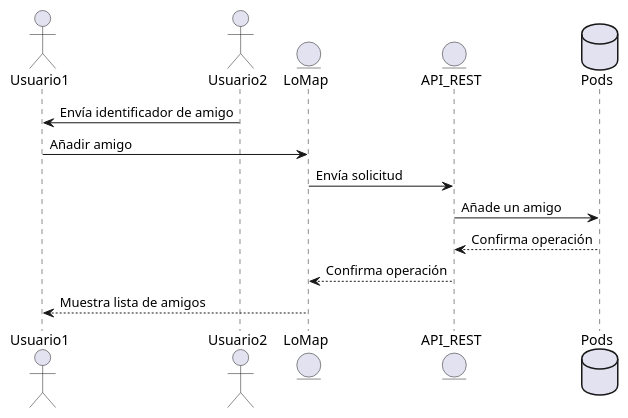
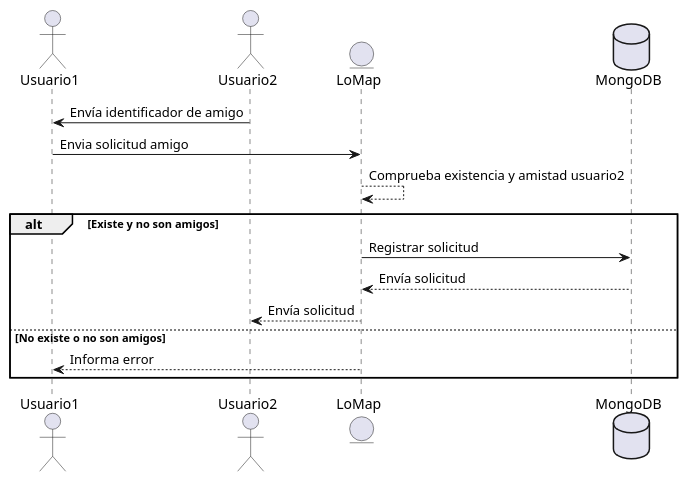
One commit to Arquisoft/lomap_es3c changed diagram 15 of 16 in docs/06_runtime_view.adoc. Above: the diagram before and after it, drawn with PlantUML. The commit also changed other lines of this file, not shown here.

```diff
--- a/docs/06_runtime_view.adoc
+++ b/docs/06_runtime_view.adoc
@@ -256,15 +236,17 @@
 [plantuml,"Sequence diagram8",png]
 ----
 actor Usuario1
 actor Usuario2
 Usuario2 -> Usuario1: Envía identificador de amigo
 entity LoMap
-Usuario1->LoMap: Añadir amigo
-entity API_REST
-LoMap-> API_REST: Envía solicitud
-database Pod as "Pods"
-API_REST-> Pod: Añade un amigo
-Pod--> API_REST: Confirma operación
-API_REST--> LoMap: Confirma operación
-LoMap--> Usuario1: Muestra lista de amigos
+database MongoDB as "MongoDB"
+Usuario1->LoMap: Envia solicitud amigo
+LoMap-->LoMap: Comprueba existencia y amistad usuario2
+alt Existe y no son amigos
+LoMap->MongoDB: Registrar solicitud
+MongoDB-->LoMap: Envía solicitud
+LoMap--> Usuario2: Envía solicitud
+else No existe o no son amigos
+LoMap--> Usuario1: Informa error
+end
 ----
```
